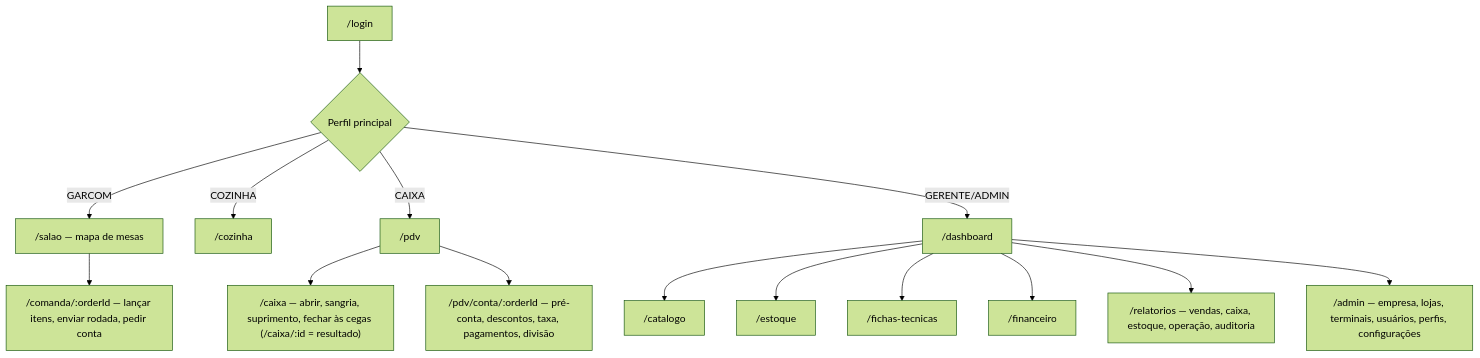
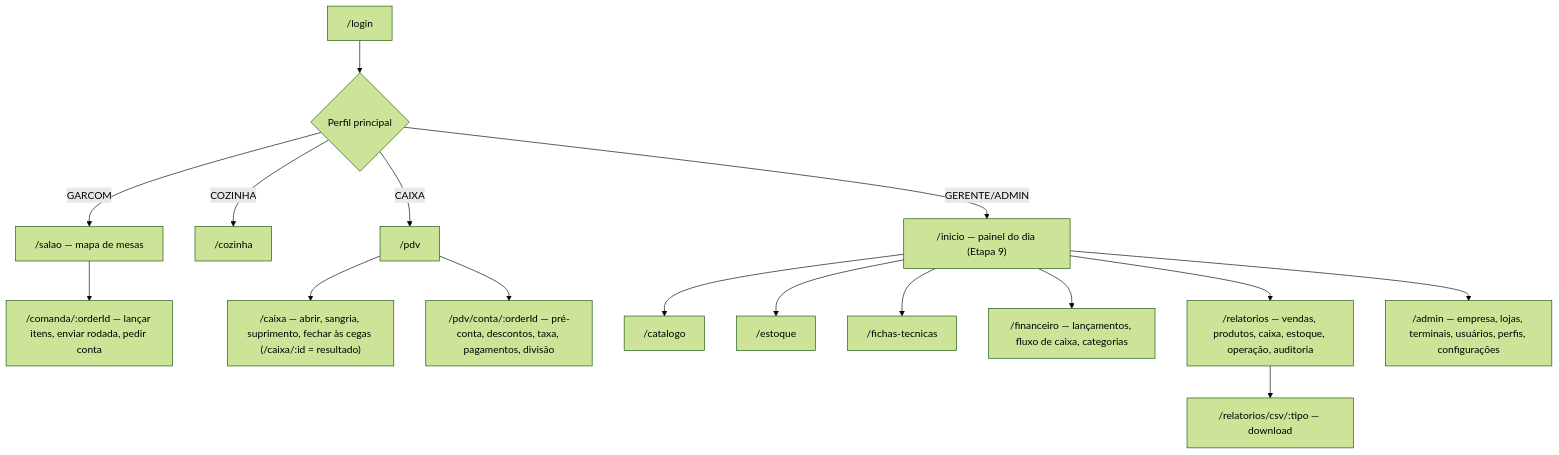
One commit to marlonerick/erp-mesa-restaurante changed the diagram in maps/navigation/navegacao.md. Above: the diagram before and after it, drawn with Mermaid (forest theme). The commit also changed other lines of this file and 78 other files, not shown here.

First line of the commit message:
feat(semana-9): etapa 9 - financeiro basico, painel do dia e relatorios

````diff
--- a/maps/navigation/navegacao.md
+++ b/maps/navigation/navegacao.md
@@ -22,19 +23,20 @@
 ```mermaid
 flowchart TD
   L["/login"] --> H{Perfil principal}
   H -- GARCOM --> SAL["/salao — mapa de mesas"]
   H -- COZINHA --> KDS["/cozinha"]
   H -- CAIXA --> PDV["/pdv"]
-  H -- GERENTE/ADMIN --> DASH["/dashboard"]
+  H -- GERENTE/ADMIN --> DASH["/inicio — painel do dia (Etapa 9)"]
 
   SAL --> COM["/comanda/:orderId — lançar itens, enviar rodada, pedir conta"]
   PDV --> CXA["/caixa — abrir, sangria, suprimento, fechar às cegas (/caixa/:id = resultado)"]
   PDV --> CONTA["/pdv/conta/:orderId — pré-conta, descontos, taxa, pagamentos, divisão"]
 
   DASH --> CAT["/catalogo"]
   DASH --> EST["/estoque"]
   DASH --> FT["/fichas-tecnicas"]
-  DASH --> FIN["/financeiro"]
-  DASH --> REL["/relatorios — vendas, caixa, estoque, operação, auditoria"]
+  DASH --> FIN["/financeiro — lançamentos, fluxo de caixa, categorias"]
+  DASH --> REL["/relatorios — vendas, produtos, caixa, estoque, operação, auditoria"]
+  REL --> CSV["/relatorios/csv/:tipo — download"]
   DASH --> ADM["/admin — empresa, lojas, terminais, usuários, perfis, configurações"]
 ```
````
